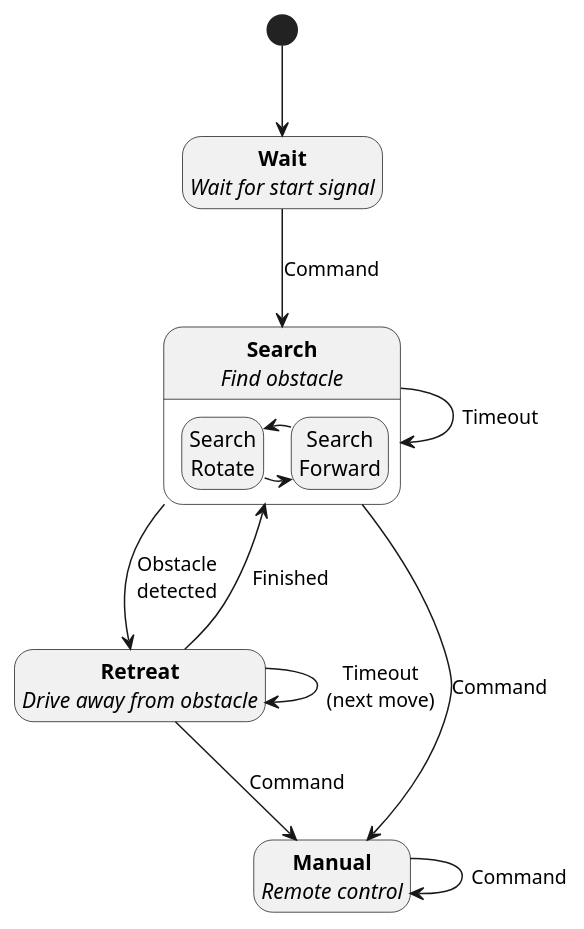
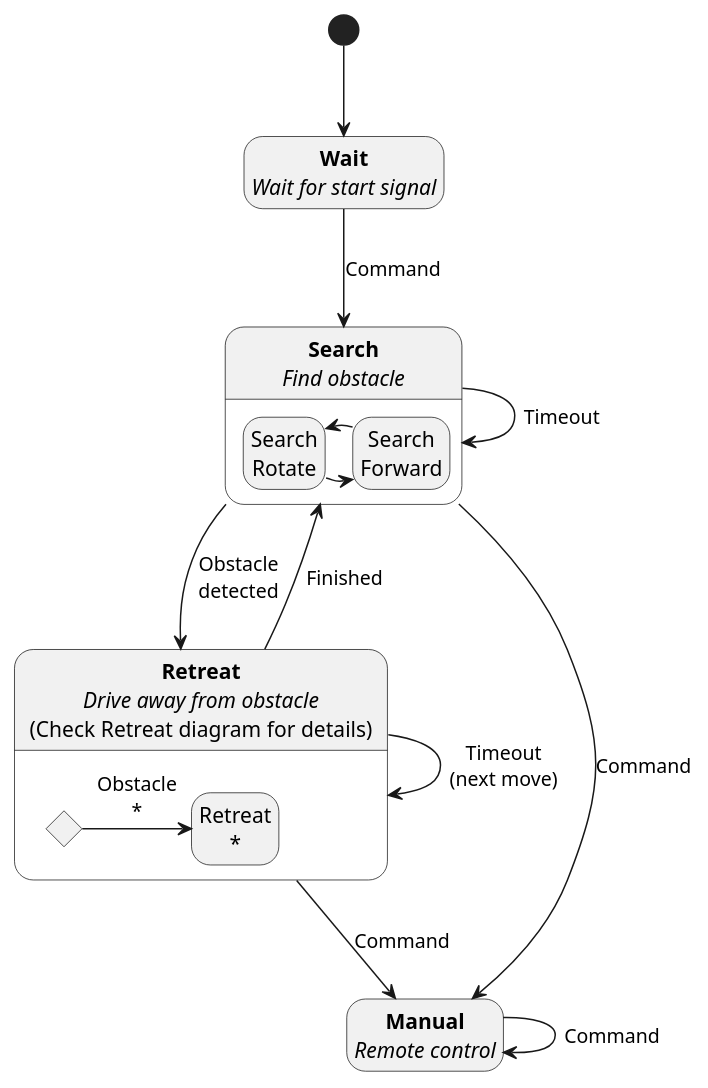
The diagram in StateMachine.plantuml (Taewoo0927/Clean_bot), drawn with PlantUML before and after one commit. The commit also changed 1 other file, not shown here.

Commit message:
<RetreatState> Additional state diagram for Retreat Statement

```diff
--- a/StateMachine.plantuml
+++ b/StateMachine.plantuml
@@ -1,27 +1,33 @@
 @startuml StateMachine
 
 hide empty description
 
 [*] --> Wait
 state "<b>Wait</b>\n<i>Wait for start signal</i>" as Wait
 state "<b>Search</b>\n<i>Find obstacle</i>" as Search
-state "<b>Retreat</b>\n<i>Drive away from obstacle</i>" as Retreat
+state "<b>Retreat</b>\n<i>Drive away from obstacle</i>\n(Check Retreat diagram for details)" as Retreat
 state "<b>Manual</b>\n<i>Remote control</i>" as Manual
 
 Wait --> Search : Command
 Search --> Retreat : Obstacle\ndetected
 Search --> Search : Timeout
 Search --> Manual : Command
 Retreat --> Search : Finished
 Retreat --> Retreat : Timeout\n(next move)
 Retreat --> Manual : Command
 Manual --> Manual : Command
 
 state Search {
     state "Search\nRotate" as Rotate
     state "Search\nForward" as Forward
     Rotate -> Forward
     Forward -> Rotate
 }
 
+state Retreat {
+    state Obstacle <<choice>>
+    state "Retreat\n*" as RetreatState
+    Obstacle -> RetreatState : Obstacle\n*
+}
+
 @enduml
```
